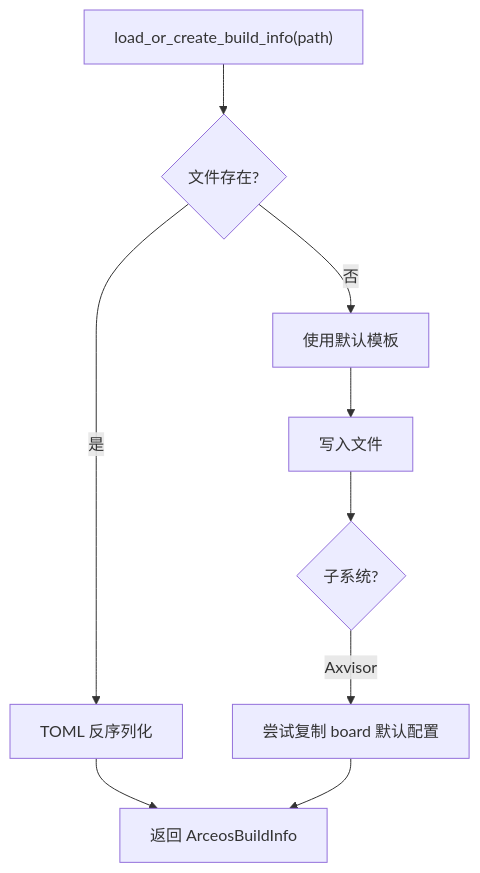
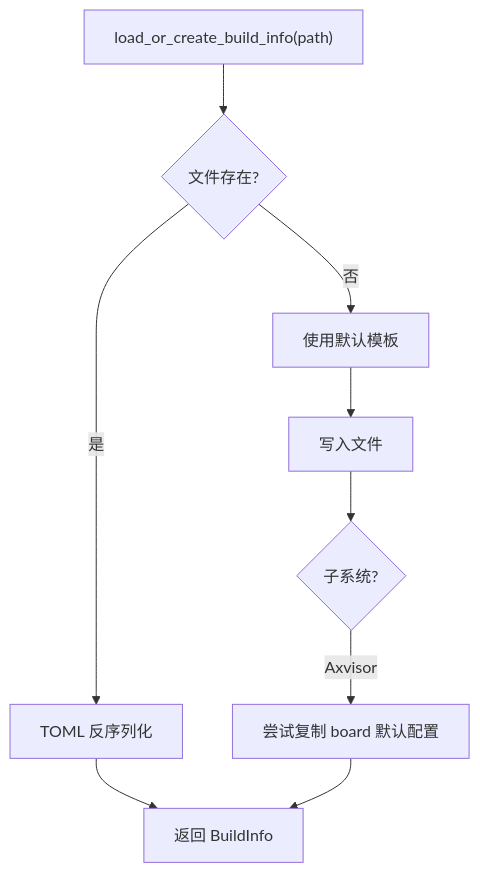
Before and after one commit to rcore-os/tgoskits: the third of 3 diagrams in docs/docs/build/configuration.md, drawn with Mermaid. The commit also changed other lines of this file and 8 other files, not shown here.

````diff
--- a/docs/docs/build/configuration.md
+++ b/docs/docs/build/configuration.md
@@ -176,11 +196,11 @@
 ```mermaid
 flowchart TD
     A["load_or_create_build_info(path)"] --> B{文件存在?}
     B -->|是| C["TOML 反序列化"]
     B -->|否| D["使用默认模板"]
     D --> E["写入文件"]
     E --> F{子系统?}
     F -->|Axvisor| G["尝试复制 board 默认配置"]
-    C --> H["返回 ArceosBuildInfo"]
+    C --> H["返回 BuildInfo"]
     G --> H
 ```
````
